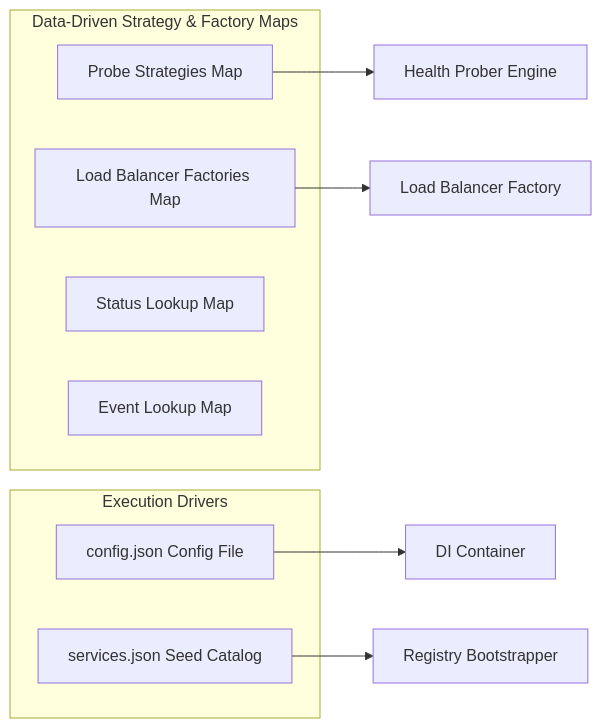
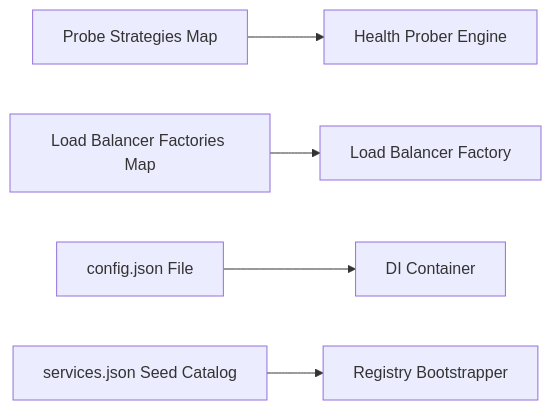
Before and after one commit to Chief-Strategist-J/llm-observability-platform: the sixth of 6 diagrams in packages/configs/llm-obs-infra/docs/architectureDoc/adr-0009-service-registry-and-discovery.md, drawn with Mermaid. The commit also changed other lines of this file, not shown here.

Commit message:
fix(docs): universal rendering fix for all 6 Mermaid diagrams in ADR-0009

````diff
--- a/packages/configs/llm-obs-infra/docs/architectureDoc/adr-0009-service-registry-and-discovery.md
+++ b/packages/configs/llm-obs-infra/docs/architectureDoc/adr-0009-service-registry-and-discovery.md
@@ -469,19 +361,7 @@
 ```mermaid
 graph LR
-    subgraph Maps["Data-Driven Strategy & Factory Maps"]
-        PStrategies["Probe Strategies Map"]
-        LBFactories["Load Balancer Factories Map"]
-        StatusNames["Status Lookup Map"]
-        EventNames["Event Lookup Map"]
-    end
-
-    subgraph Drivers["Execution Drivers"]
-        ConfigJSON["config.json Config File"]
-        SeedJSON["services.json Seed Catalog"]
-    end
-
-    PStrategies --> HealthProberEngine["Health Prober Engine"]
-    LBFactories --> LoadBalancerFactory["Load Balancer Factory"]
-    ConfigJSON --> DIContainer["DI Container"]
-    SeedJSON --> RegistryBootstrapper["Registry Bootstrapper"]
+    PStrategies["Probe Strategies Map"] --> HealthProberEngine["Health Prober Engine"]
+    LBFactories["Load Balancer Factories Map"] --> LoadBalancerFactory["Load Balancer Factory"]
+    ConfigJSON["config.json File"] --> DIContainer["DI Container"]
+    SeedJSON["services.json Seed Catalog"] --> RegistryBootstrapper["Registry Bootstrapper"]
 ```
````
